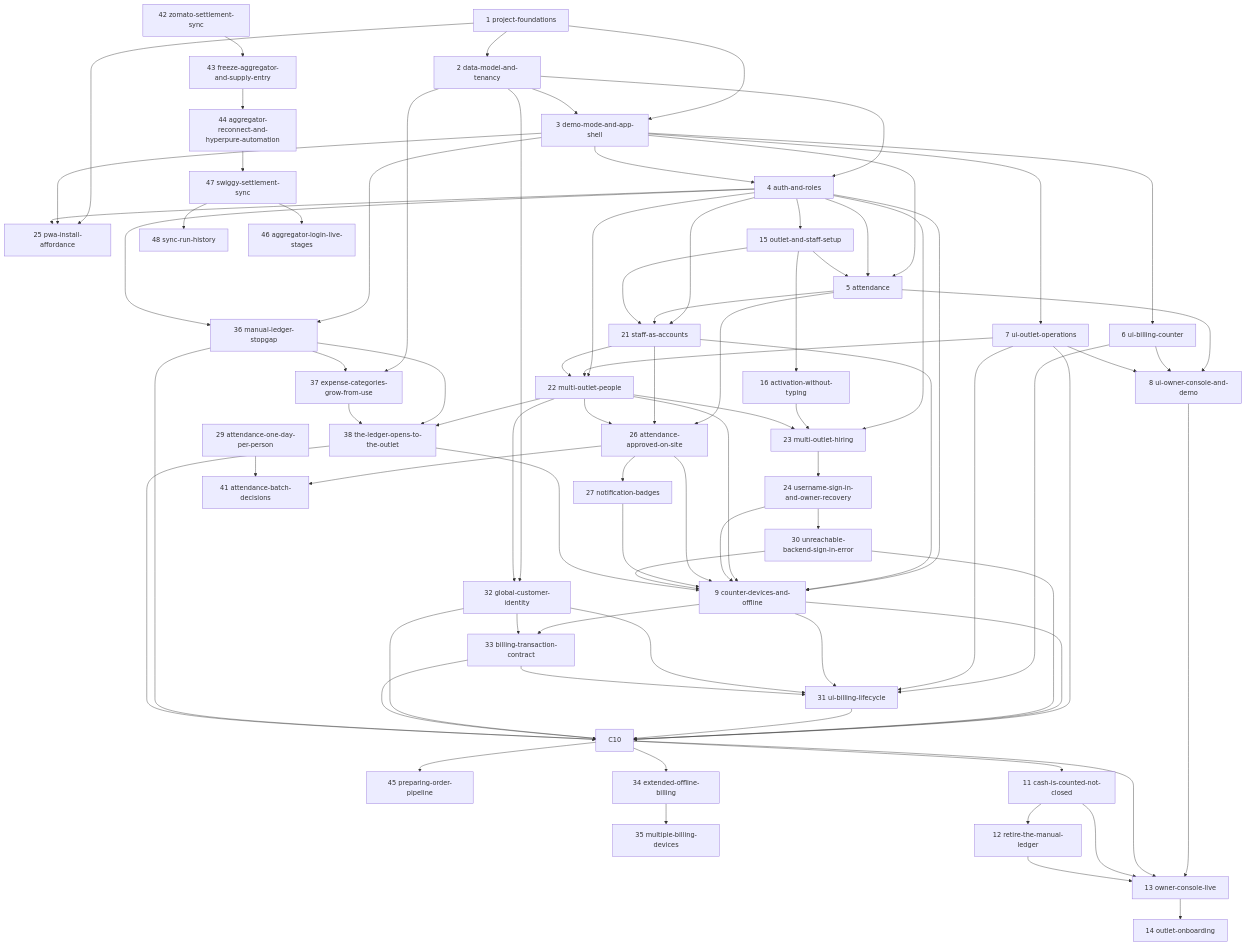
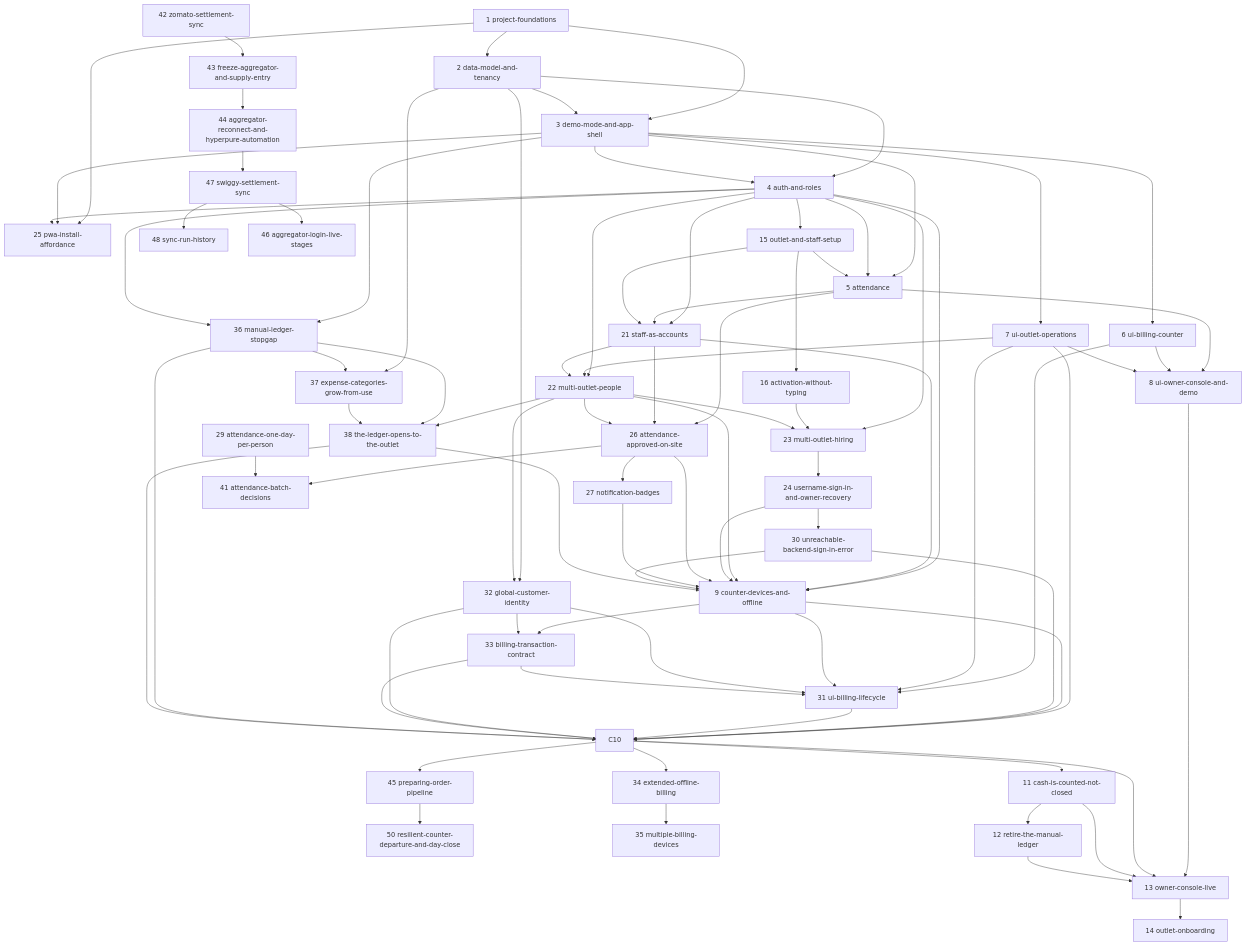
Before and after one commit to abdatta/shawarmania-ops: the diagram in openspec/changes/ROADMAP.md, drawn with Mermaid. The commit also changed other lines of this file and 39 other files, not shown here.

```diff
--- a/openspec/changes/ROADMAP.md
+++ b/openspec/changes/ROADMAP.md
@@ -243,6 +244,7 @@
     C47 --> C48[48 sync-run-history]
     C47 --> C46[46 aggregator-login-live-stages]
     C10 --> C45[45 preparing-order-pipeline]
+    C45 --> C50[50 resilient-counter-departure-and-day-close]
     C10 --> C34[34 extended-offline-billing]
     C34 --> C35[35 multiple-billing-devices]
     C10 --> C11[11 cash-is-counted-not-closed]
```
